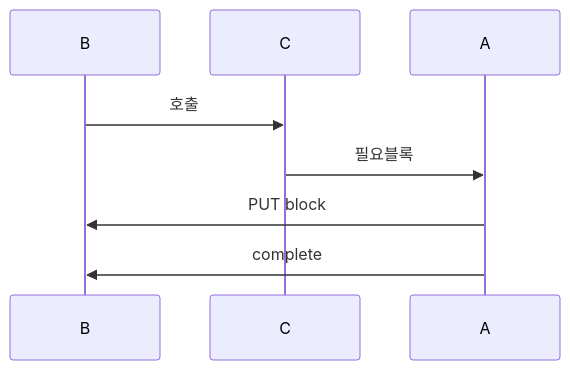
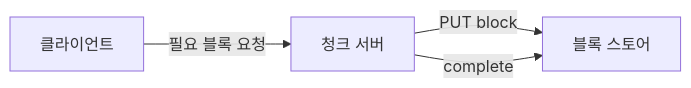
The second of 8 diagrams in _posts/systemdesign/2026-05-03-system-design-file-storage.md (yjkim2015/yjkim2015.github.io), drawn with Mermaid before and after one commit. The commit also changed other lines of this file and 84 other files, not shown here.

First line of the commit message:
85개 포스트 Mermaid 다이어그램 규칙 일괄 수정

````diff
--- a/_posts/systemdesign/2026-05-03-system-design-file-storage.md
+++ b/_posts/systemdesign/2026-05-03-system-design-file-storage.md
@@ -209,7 +209,6 @@
 ```mermaid
-sequenceDiagram
-    B->>C: 호출
-    C->>A: 필요블록
-    A->>B: PUT block
-    A->>B: complete
+graph LR
+    A[클라이언트] -->|필요 블록 요청| B[청크 서버]
+    B -->|PUT block| C[블록 스토어]
+    B -->|complete| C
 ```
````
